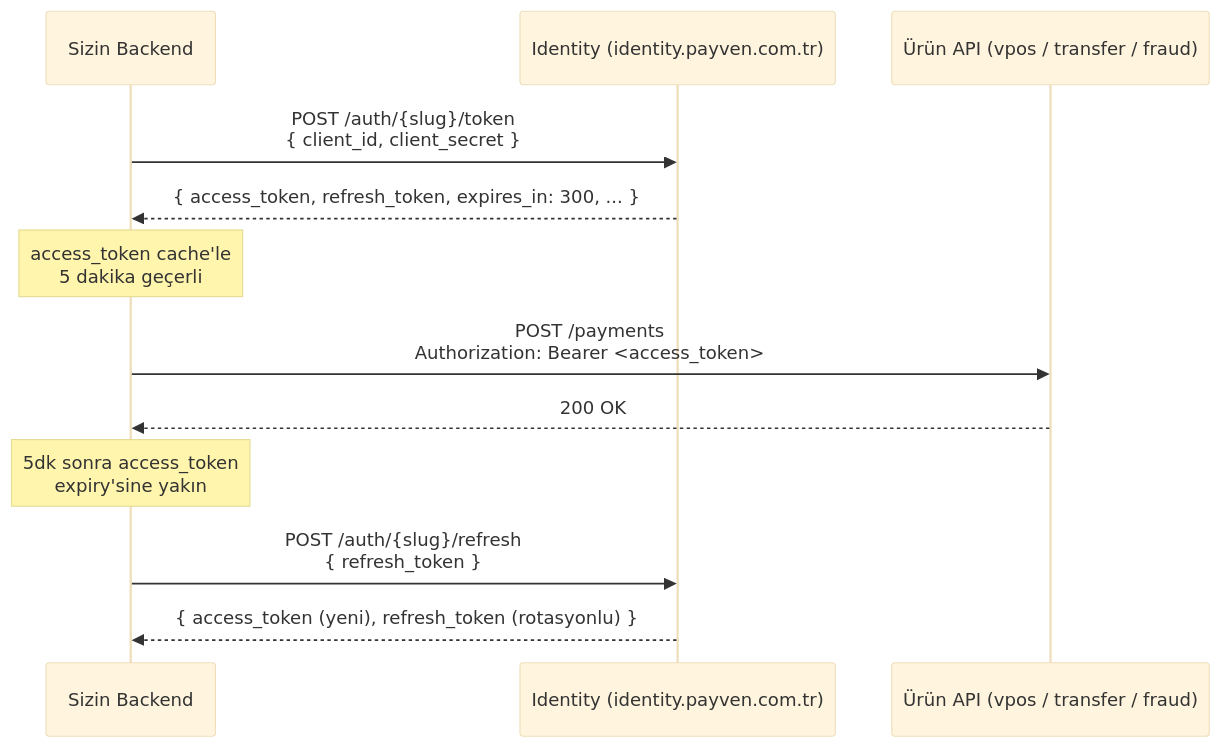
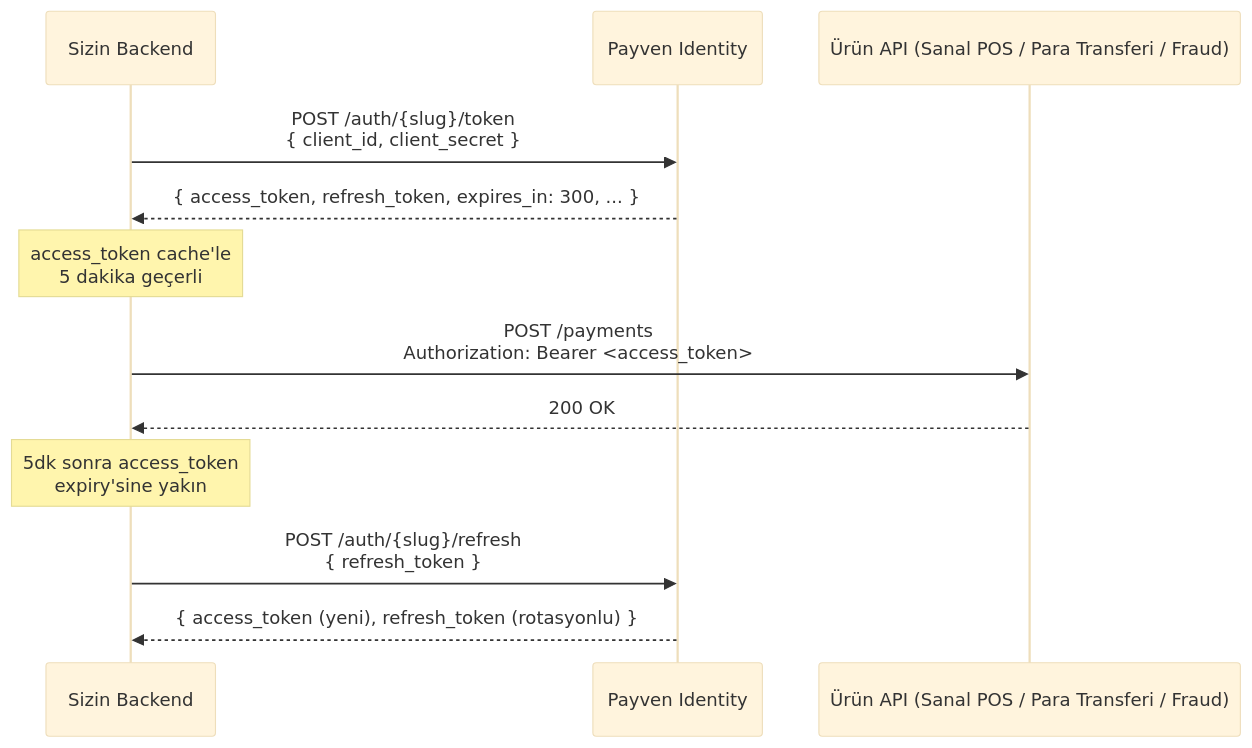
Before and after one commit to payment-pos/mintlify: the diagram in documentation/concepts/authentication.mdx, drawn with Mermaid (base theme). The commit also changed other lines of this file and 73 other files, not shown here.

````diff
--- a/documentation/concepts/authentication.mdx
+++ b/documentation/concepts/authentication.mdx
@@ -18,17 +17,17 @@
 ```mermaid
 sequenceDiagram
     participant App as Sizin Backend
-    participant Id as Identity (identity.payven.com.tr)
-    participant API as Ürün API (vpos / transfer / fraud)
+    participant Id as Payven Identity
+    participant API as Ürün API (Sanal POS / Para Transferi / Fraud)
 
     App->>Id: POST /auth/{slug}/token<br/>{ client_id, client_secret }
     Id-->>App: { access_token, refresh_token, expires_in: 300, ... }
     Note over App: access_token cache'le<br/>5 dakika geçerli
 
     App->>API: POST /payments<br/>Authorization: Bearer <access_token>
     API-->>App: 200 OK
 
     Note over App: 5dk sonra access_token<br/>expiry'sine yakın
     App->>Id: POST /auth/{slug}/refresh<br/>{ refresh_token }
     Id-->>App: { access_token (yeni), refresh_token (rotasyonlu) }
 ```
````
